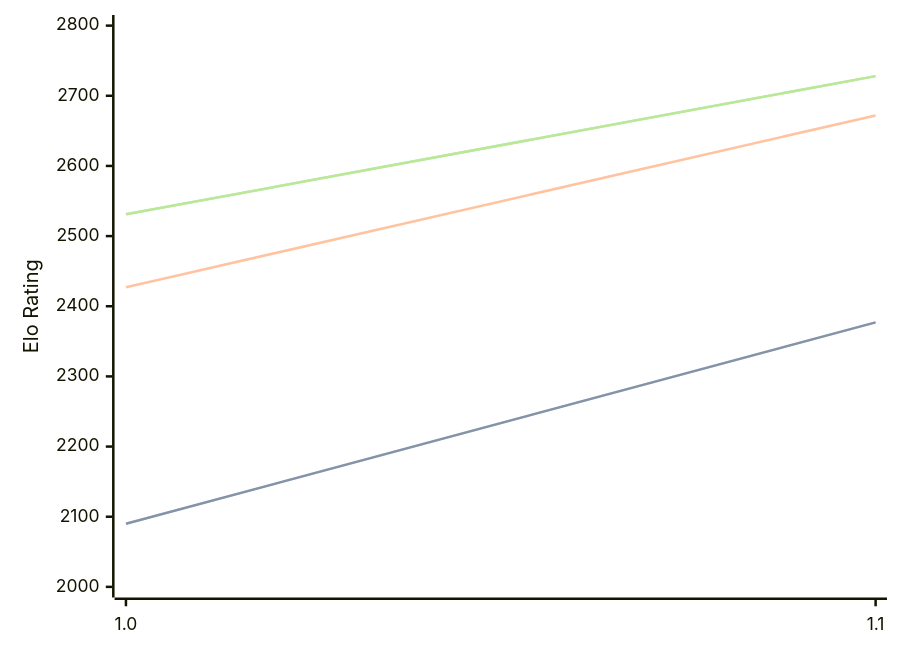
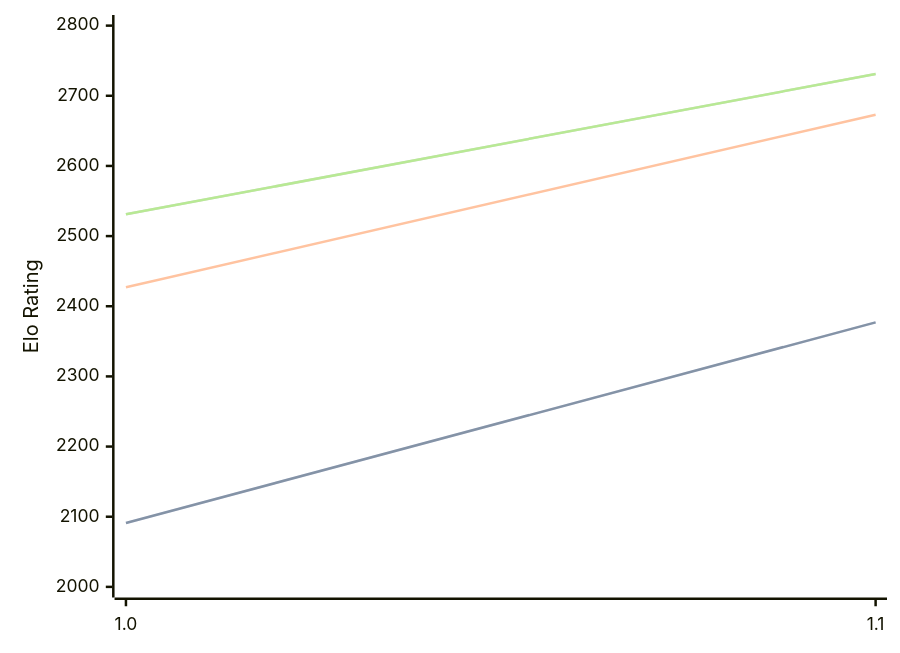
The diagram in engines/Erinn.md (computer-chess-index/cci), drawn with Mermaid before and after one commit. The commit also changed other lines of this file, not shown here.

Commit message:
Update CCI Ratings (ELO VLTC) - 2026-09-04

````diff
--- a/engines/Erinn.md
+++ b/engines/Erinn.md
@@ -32,11 +32,11 @@
 ```mermaid
 %%{init: {"theme":"base","themeVariables":{"seriesColors:['#a3a3a3','#222221','#faa371']}}}%%
 xychart-beta
   x-axis ["1.0", "1.1"]
   y-axis "Elo Rating" 2000 --> 2800
-  line "" [2090, 2377]
-  line "STC (8.0+0.08s)" [2090, 2377]
-  line "LTC (60.0+0.60s)" [2427, 2672]
-  line "" [2531, 2728]
-  line "VLTC (2m24s+1.12s)" [2531, 2728]
+  line "" [2091, 2377]
+  line "STC (8.0+0.08s)" [2091, 2377]
+  line "LTC (60.0+0.60s)" [2427, 2673]
+  line "" [2531, 2731]
+  line "VLTC (2m24s+1.12s)" [2531, 2731]
 ```
````
